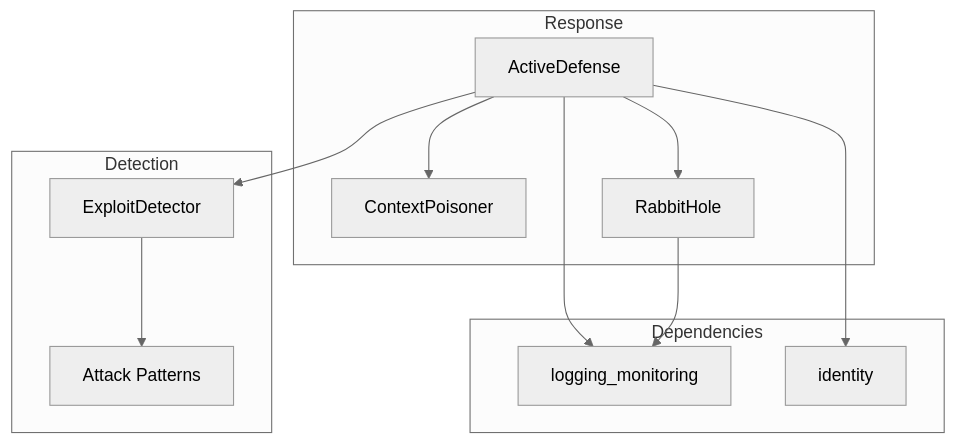
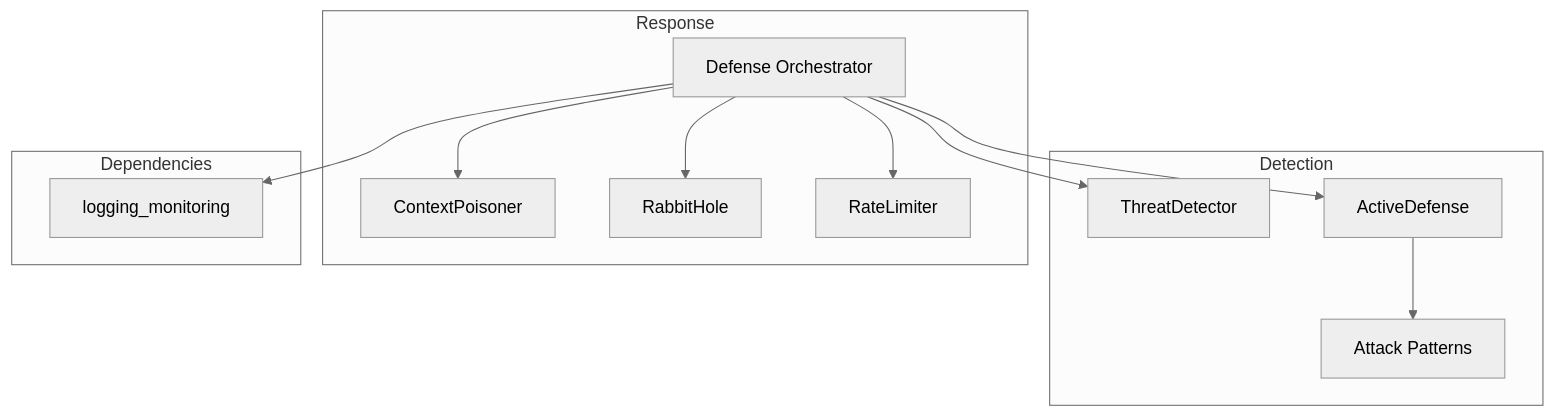
The diagram in src/codomyrmex/defense/SPEC.md (docxology/codomyrmex), drawn with Mermaid (neutral theme) before and after one commit. The commit also changed other lines of this file and 402 other files, not shown here.

````diff
--- a/src/codomyrmex/defense/SPEC.md
+++ b/src/codomyrmex/defense/SPEC.md
@@ -49,26 +28,27 @@
 ```mermaid
 graph TD
     subgraph "Detection"
-        ED[ExploitDetector]
+        TD[ThreatDetector]
+        AD[ActiveDefense]
         Patterns[Attack Patterns]
     end
 
     subgraph "Response"
-        AD[ActiveDefense]
+        DEF[Defense Orchestrator]
         CP[ContextPoisoner]
         RH[RabbitHole]
+        RL[RateLimiter]
     end
 
     subgraph "Dependencies"
         LOG[logging_monitoring]
-        ID[identity]
     end
 
-    ED --> Patterns
-    AD --> ED
-    AD --> CP
-    AD --> RH
-    AD --> LOG
-    RH --> LOG
-    AD --> ID
+    AD --> Patterns
+    DEF --> AD
+    DEF --> TD
+    DEF --> RL
+    DEF --> CP
+    DEF --> RH
+    DEF --> LOG
 ```
````
